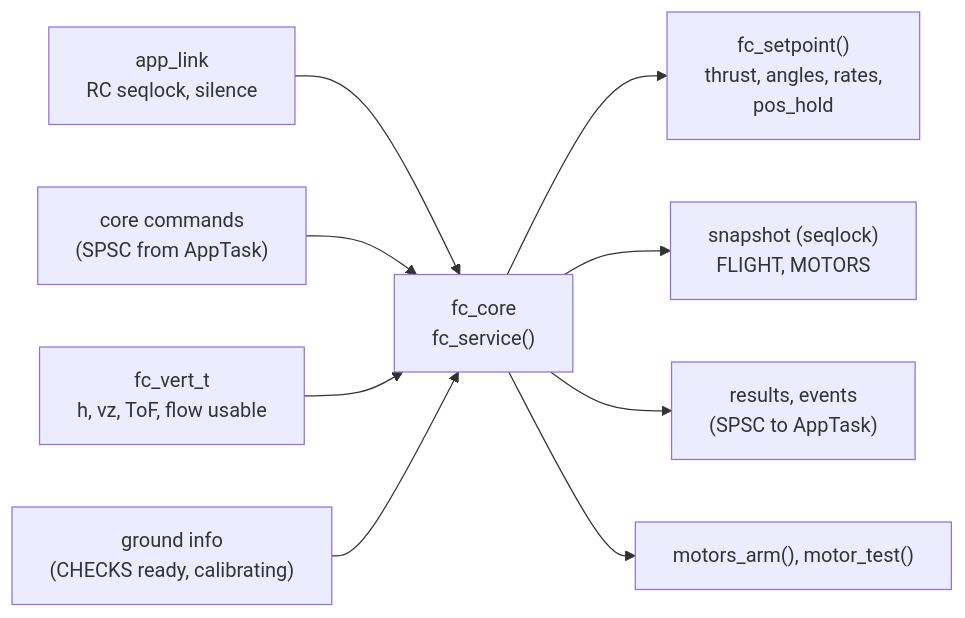
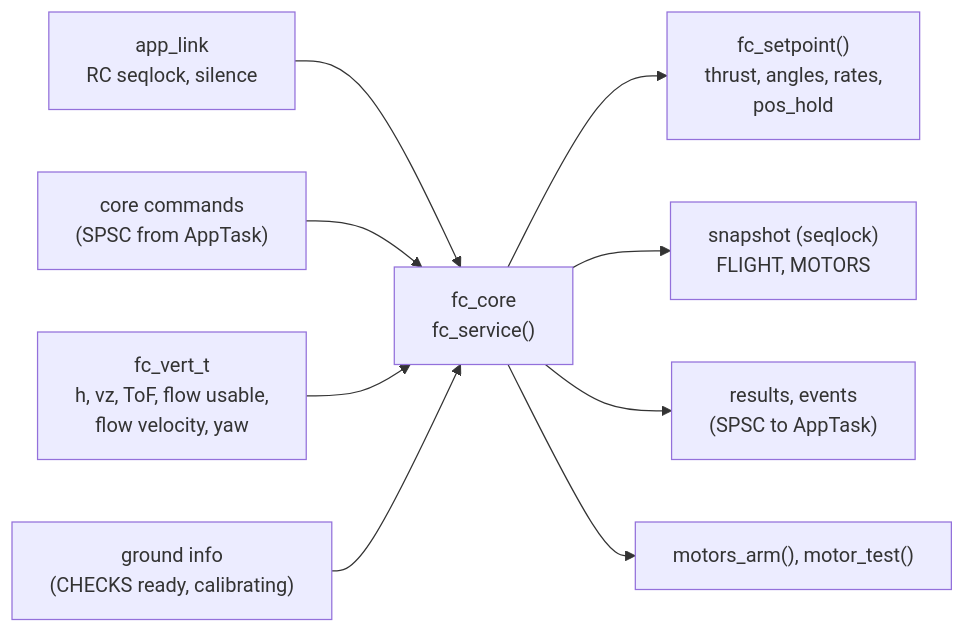
One commit to ACwing-UAV/ACwing_FW changed the first of 4 diagrams in 03 - Docs/firmware/flight-core.md. Above: the diagram before and after it, drawn with Mermaid. The commit also changed other lines of this file and 6 other files, not shown here.

````diff
--- a/03 - Docs/firmware/flight-core.md
+++ b/03 - Docs/firmware/flight-core.md
@@ -11,11 +11,11 @@
 ```mermaid
 flowchart LR
   RC["app_link<br/>RC seqlock, silence"] --> CORE
   CMD["core commands<br/>(SPSC from AppTask)"] --> CORE
-  VERT["fc_vert_t<br/>h, vz, ToF, flow usable"] --> CORE
+  VERT["fc_vert_t<br/>h, vz, ToF, flow usable,<br/>flow velocity, yaw"] --> CORE
   GROUND["ground info<br/>(CHECKS ready, calibrating)"] --> CORE
   CORE["fc_core<br/>fc_service()"] --> SP["fc_setpoint()<br/>thrust, angles, rates,<br/>pos_hold"]
   CORE --> SNAP["snapshot (seqlock)<br/>FLIGHT, MOTORS"]
   CORE --> EV["results, events<br/>(SPSC to AppTask)"]
   CORE --> HOOK["motors_arm(), motor_test()"]
 ```
````
